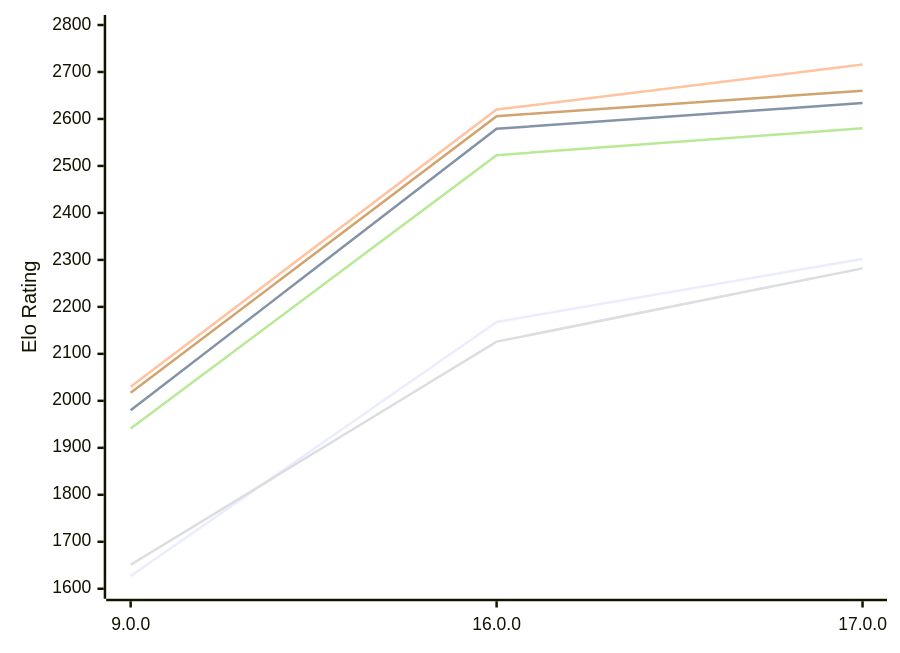
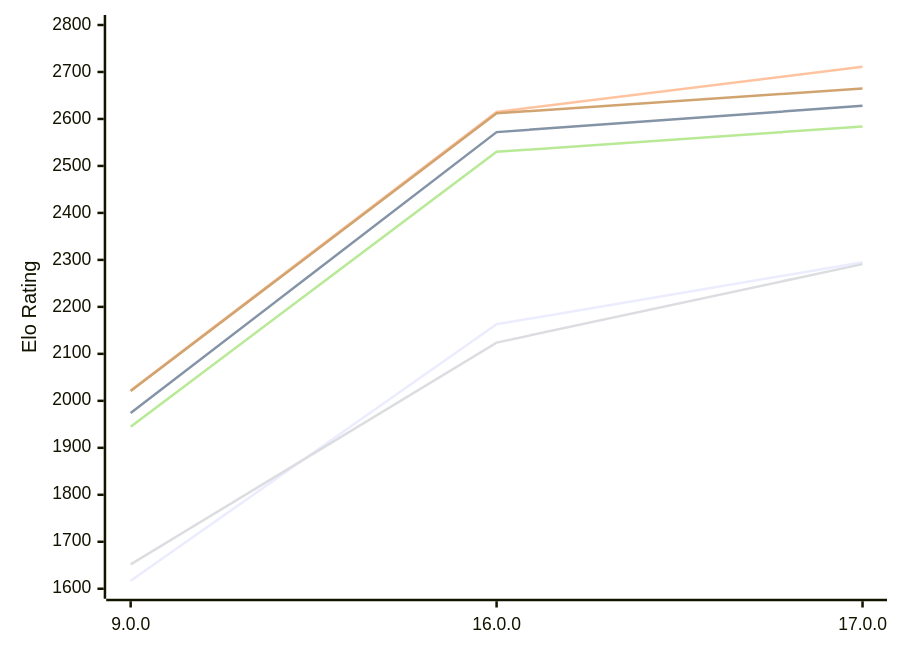
One commit to computer-chess-index/cci changed the first of 2 diagrams in engines/Cepimetheus.md. Above: the diagram before and after it, drawn with Mermaid. The commit also changed other lines of this file, not shown here.

Commit message:
Update CCI Ratings (ELO VLTC) - 2026-11-18

````diff
--- a/engines/Cepimetheus.md
+++ b/engines/Cepimetheus.md
@@ -64,12 +64,12 @@
 ```mermaid
 %%{init: {"theme":"base","themeVariables":{"seriesColors:['#a3a3a3','#222221','#faa371']}}}%%
 xychart-beta
   x-axis ["9.0.0", "16.0.0", "17.0.0"]
   y-axis "Elo Rating" 1600 --> 2800
-  line "E1: STC (8.0+0.08s)" [1627, 2168, 2302]
-  line "E1: LTC (60.0+0.60s)" [1980, 2579, 2634]
-  line "E1: VLTC (2m24s+1.12s)" [2030, 2620, 2716]
-  line "P1: STC (8.0+0.08s)" [1651, 2126, 2282]
-  line "P1: LTC (60.0+0.60s)" [1941, 2523, 2580]
-  line "P1: VLTC (2m24s+1.12s)" [2017, 2606, 2660]
+  line "E1: STC (8.0+0.08s)" [1617, 2163, 2295]
+  line "E1: LTC (60.0+0.60s)" [1974, 2572, 2628]
+  line "E1: VLTC (2m24s+1.12s)" [2022, 2615, 2711]
+  line "P1: STC (8.0+0.08s)" [1652, 2124, 2291]
+  line "P1: LTC (60.0+0.60s)" [1945, 2530, 2584]
+  line "P1: VLTC (2m24s+1.12s)" [2021, 2612, 2665]
 ```
````
